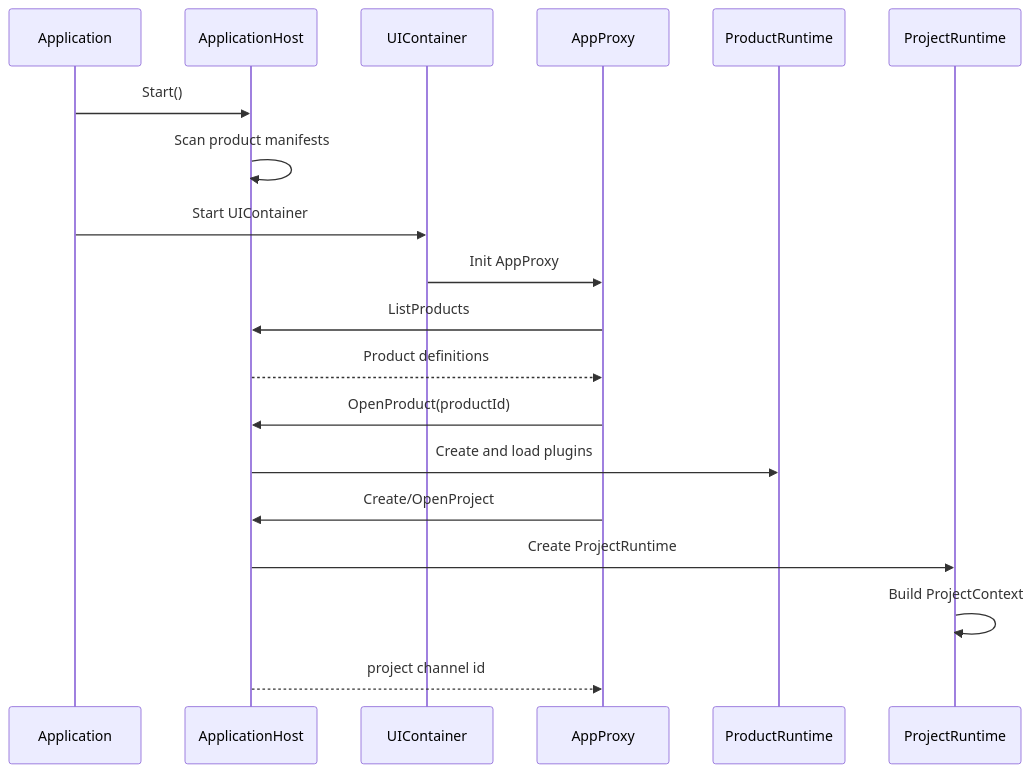
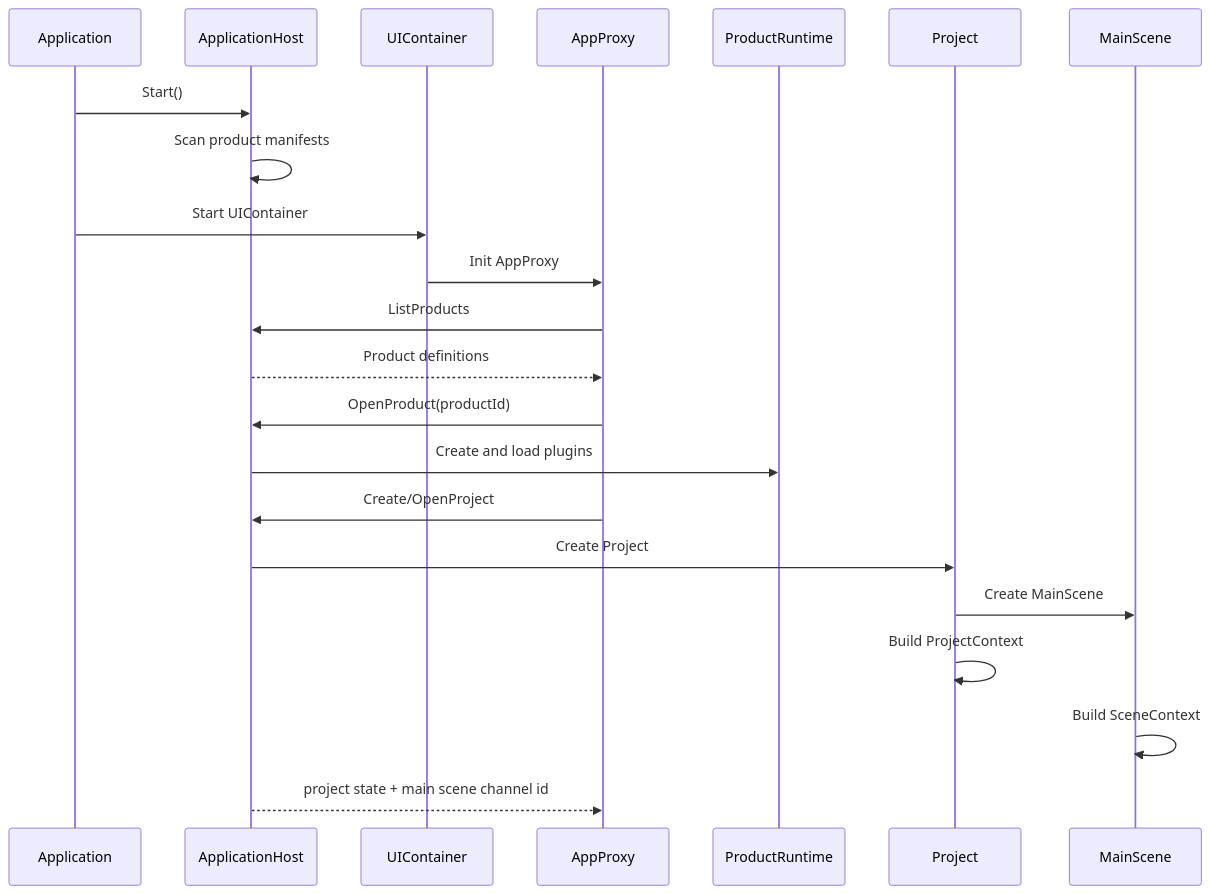
The diagram in doc/iCAX-Engine/Products/Laser3DCAM/详细设计/01-产品运行与模块边界.md (penguinchiang0609-ui/iCAX), drawn with Mermaid before and after one commit. The commit also changed other lines of this file and 35358 other files, not shown here.

````diff
--- a/doc/iCAX-Engine/Products/Laser3DCAM/详细设计/01-产品运行与模块边界.md
+++ b/doc/iCAX-Engine/Products/Laser3DCAM/详细设计/01-产品运行与模块边界.md
@@ -75,22 +84,25 @@
 ```mermaid
 sequenceDiagram
     participant App as Application
     participant Host as ApplicationHost
     participant UI as UIContainer
     participant AppProxy as AppProxy
     participant Product as ProductRuntime
-    participant Project as ProjectRuntime
+    participant Project as Project
+    participant Scene as MainScene
 
     App->>Host: Start()
     Host->>Host: Scan product manifests
     App->>UI: Start UIContainer
     UI->>AppProxy: Init AppProxy
     AppProxy->>Host: ListProducts
     Host-->>AppProxy: Product definitions
     AppProxy->>Host: OpenProduct(productId)
     Host->>Product: Create and load plugins
     AppProxy->>Host: Create/OpenProject
-    Host->>Project: Create ProjectRuntime
+    Host->>Project: Create Project
+    Project->>Scene: Create MainScene
     Project->>Project: Build ProjectContext
-    Host-->>AppProxy: project channel id
+    Scene->>Scene: Build SceneContext
+    Host-->>AppProxy: project state + main scene channel id
 ```
````
